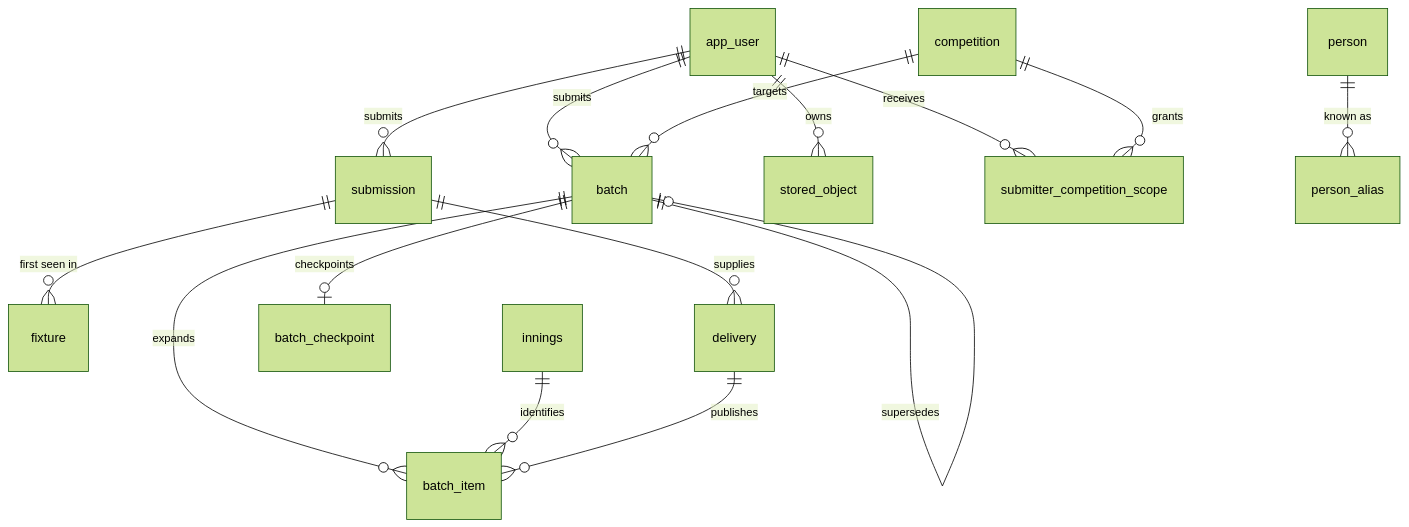
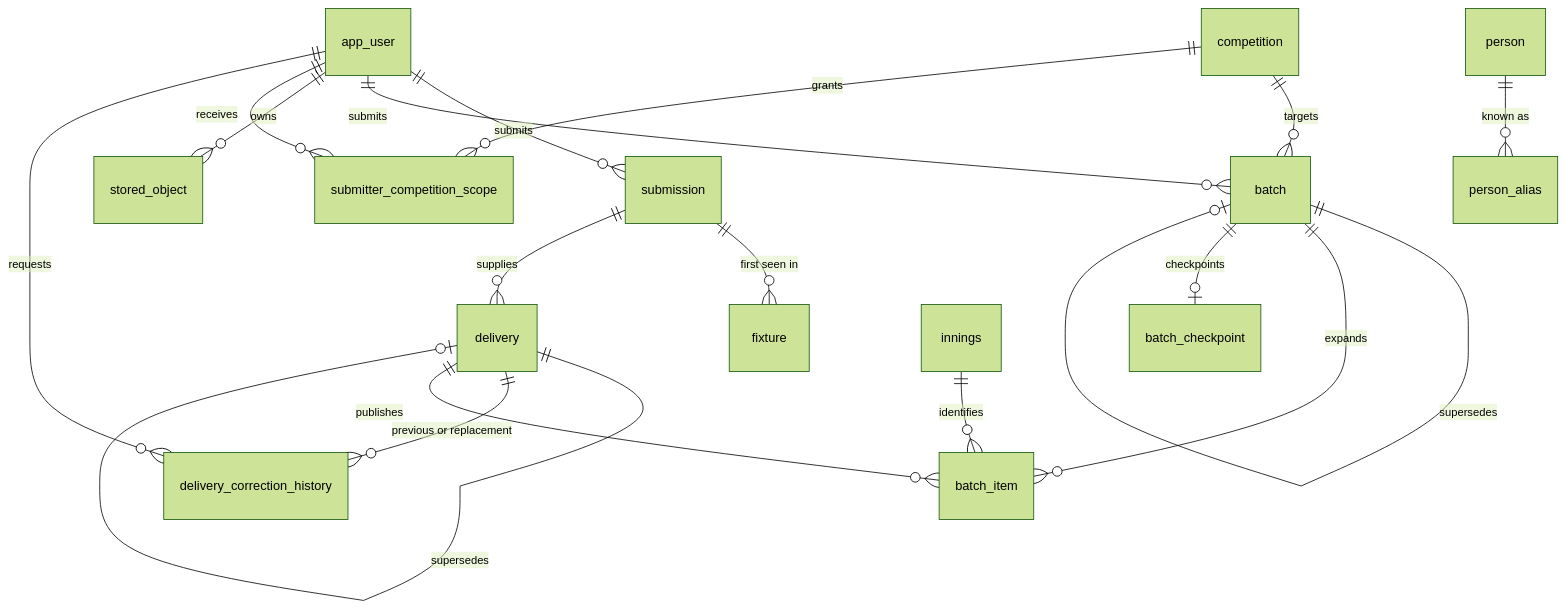
One commit to NadavSundy/Sport-Analytics-Tool changed the first of 3 diagrams in docs/database/erd.md. Above: the diagram before and after it, drawn with Mermaid (forest theme). The commit also changed other lines of this file and 17 other files, not shown here.

First line of the commit message:
feat(events): preserve immutable correction history

````diff
--- a/docs/database/erd.md
+++ b/docs/database/erd.md
@@ -11,17 +11,20 @@
 ```mermaid
 erDiagram
     app_user ||--o{ submission : submits
     app_user ||--o{ batch : submits
     app_user ||--o{ stored_object : owns
     competition ||--o{ batch : targets
     app_user ||--o{ submitter_competition_scope : receives
     competition ||--o{ submitter_competition_scope : grants
     submission ||--o{ fixture : "first seen in"
     submission ||--o{ delivery : supplies
+    delivery ||--o| delivery : supersedes
+    delivery ||--o{ delivery_correction_history : "previous or replacement"
+    app_user ||--o{ delivery_correction_history : requests
     batch ||--o| batch : supersedes
     batch ||--o{ batch_item : expands
     batch ||--o| batch_checkpoint : checkpoints
     innings ||--o{ batch_item : identifies
     delivery ||--o{ batch_item : publishes
     person ||--o{ person_alias : "known as"
 ```
````
